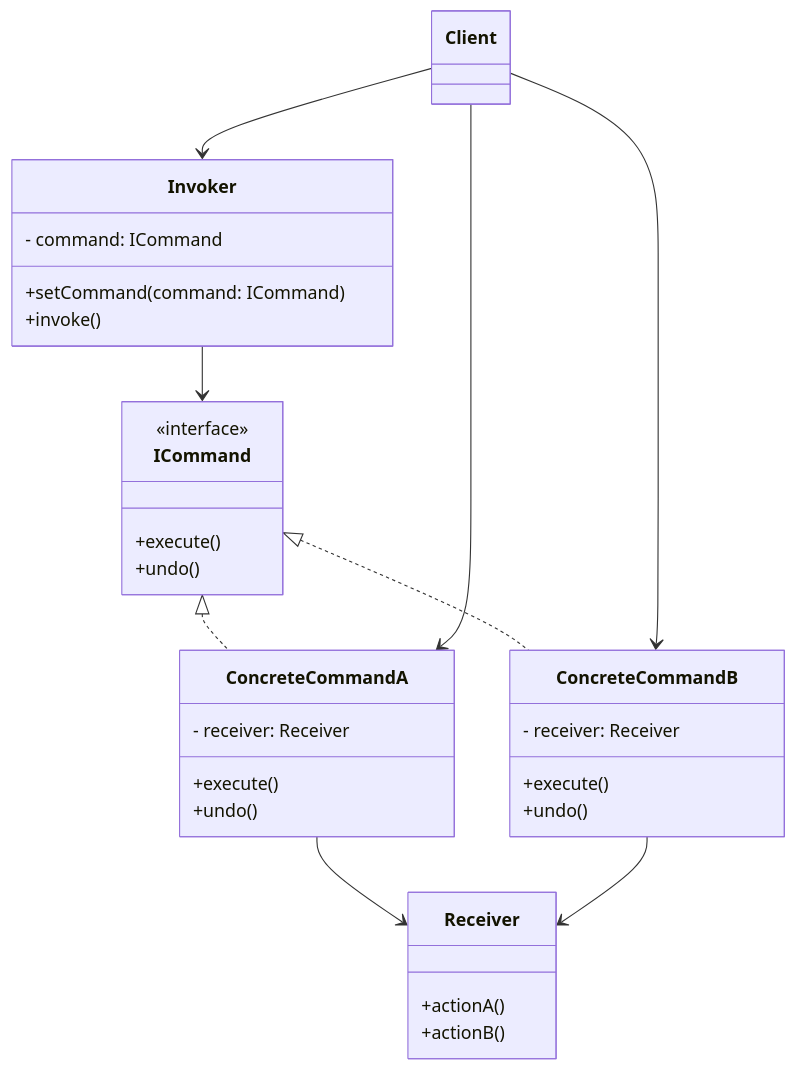
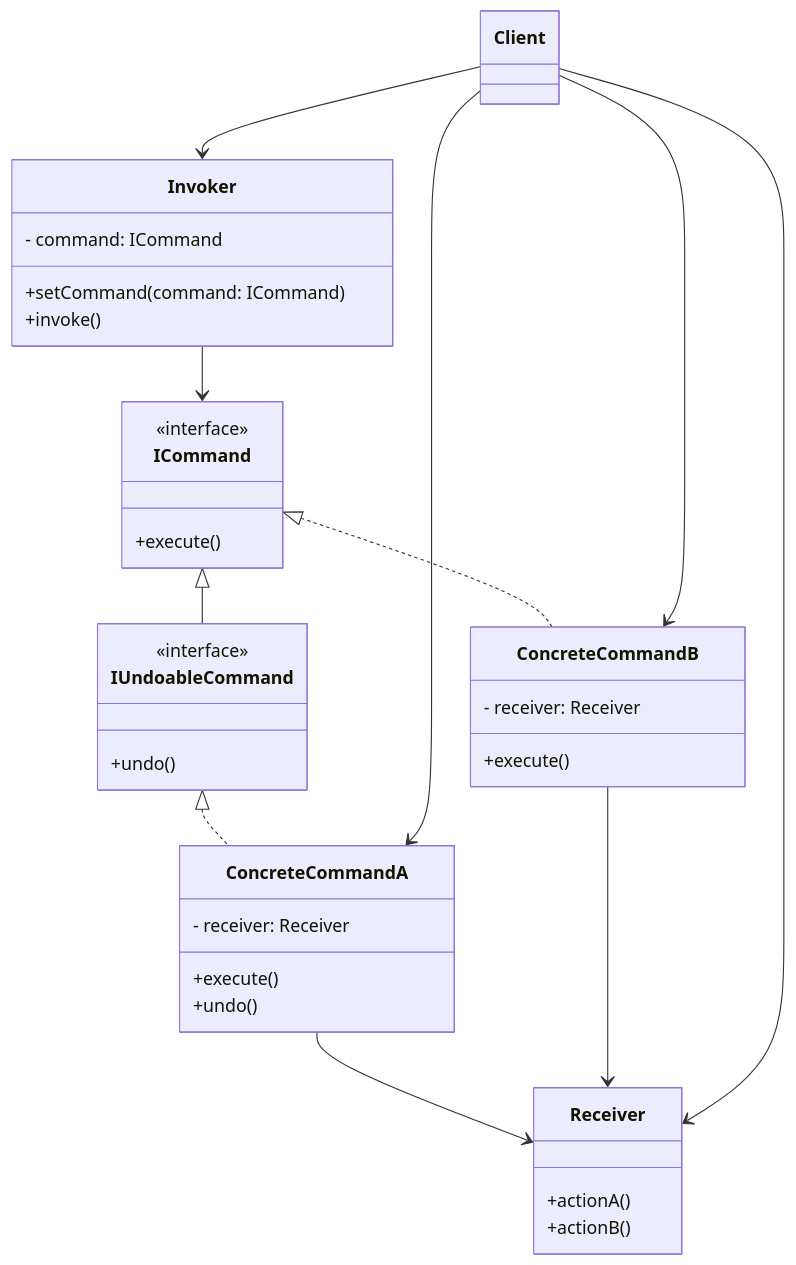
The first of 3 diagrams in Command/README.md (SamuelLnds/LandaisSamuel_TP_DesignPatterns), drawn with Mermaid before and after one commit. The commit also changed other lines of this file and 12 other files, not shown here.

Commit message:
revue des README, correction des diagrammes, ajout de diagrammes de séquence pour détailler l'explication, correction du français, ajout d'informations supplémentaires, révision de la disposition des limitations à certains endroits

````diff
--- a/Command/README.md
+++ b/Command/README.md
@@ -16,45 +16,47 @@
 ```mermaid
 classDiagram
     class ICommand {
         <<interface>>
         +execute()
-        %% undo est optionnel %%
+    }
+
+    class IUndoableCommand {
+        <<interface>>
         +undo()
     }
 
     class ConcreteCommandA {
         - receiver: Receiver
         +execute()
-        %% undo est optionnel %%
         +undo()
     }
 
     class ConcreteCommandB {
         - receiver: Receiver
         +execute()
-        %% undo est optionnel %%
-        +undo()
     }
 
     class Receiver {
         +actionA()
         +actionB()
     }
 
     class Invoker {
         - command: ICommand
         +setCommand(command: ICommand)
         +invoke()
     }
 
     class Client
 
-    ICommand <|.. ConcreteCommandA
+    ICommand <|-- IUndoableCommand
+    IUndoableCommand <|.. ConcreteCommandA
     ICommand <|.. ConcreteCommandB
     ConcreteCommandA --> Receiver
     ConcreteCommandB --> Receiver
     Invoker --> ICommand
     Client --> Invoker
     Client --> ConcreteCommandA
     Client --> ConcreteCommandB
+    Client --> Receiver
 ```
````
